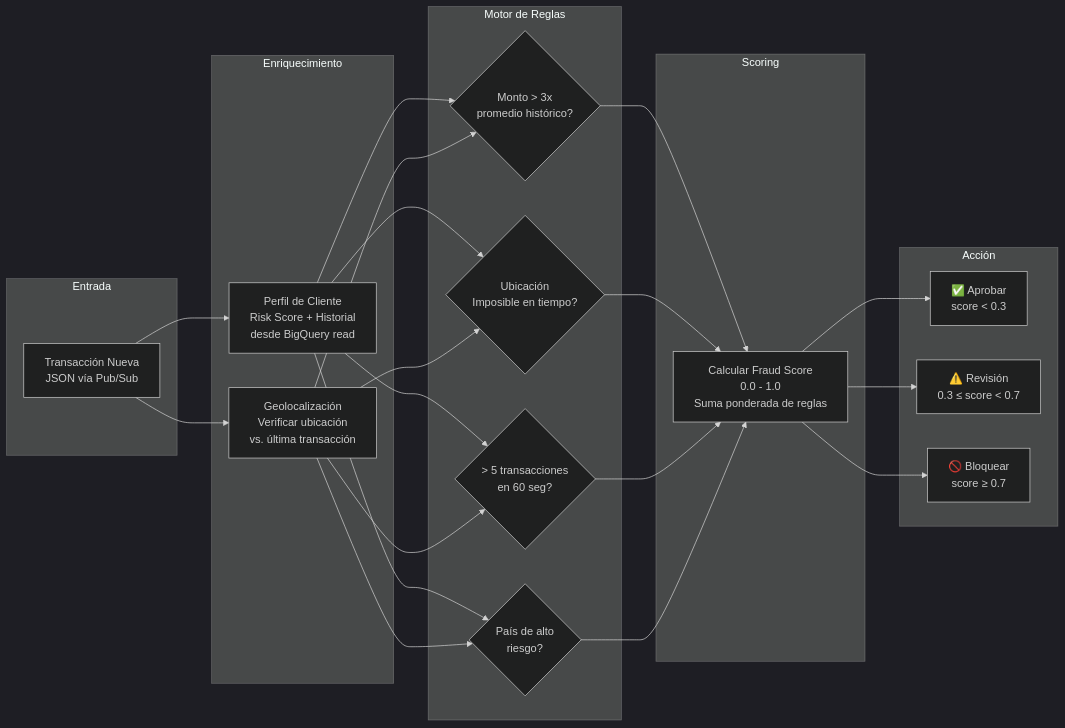
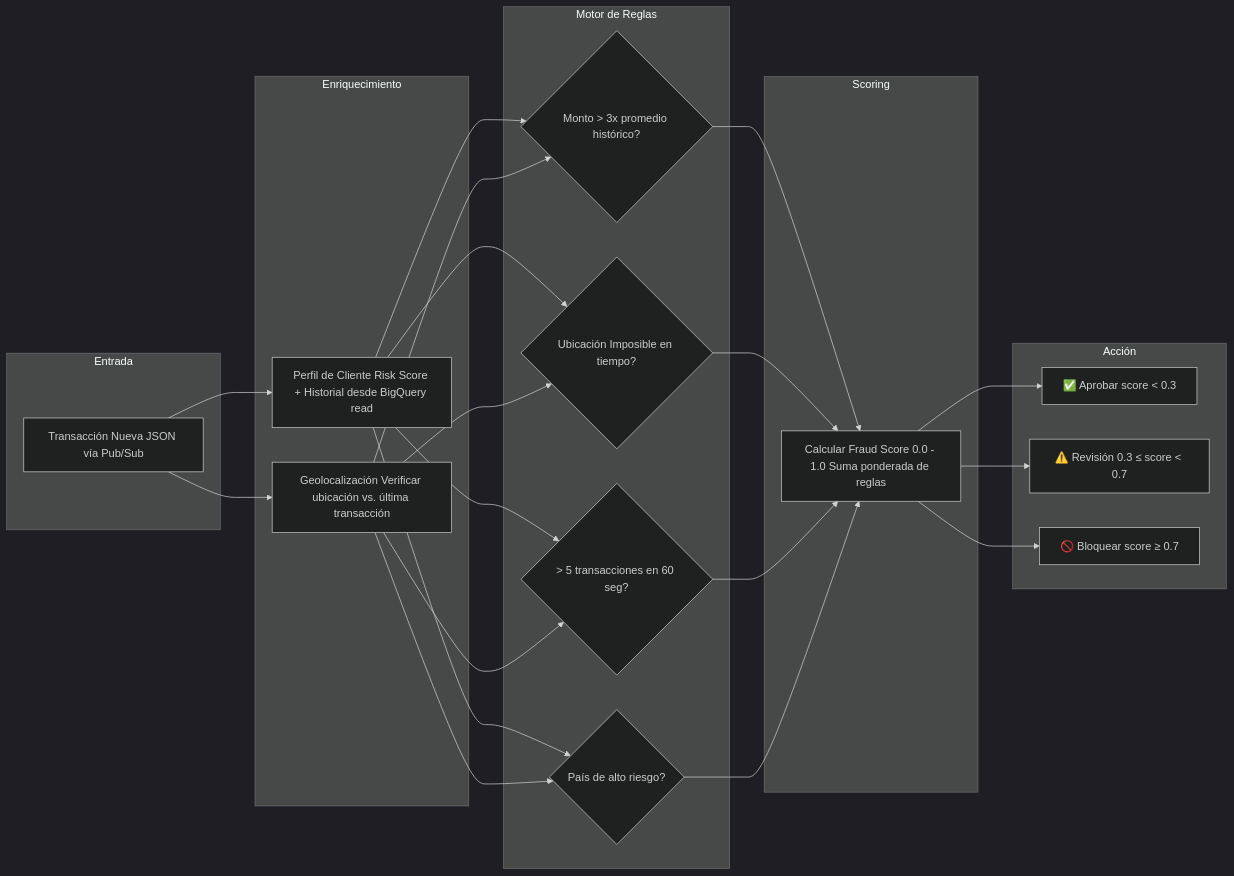
The sixth of 8 diagrams in 5_big_data/codigo/03_proyecto_financial_system_architecture/architecture.md (s110/Maestria), drawn with Mermaid (dark theme) before and after one commit. The commit also changed other lines of this file and 52 other files, not shown here.

````diff
--- a/5_big_data/codigo/03_proyecto_financial_system_architecture/architecture.md
+++ b/5_big_data/codigo/03_proyecto_financial_system_architecture/architecture.md
@@ -342,34 +342,34 @@
 ```mermaid
 flowchart LR
     subgraph INPUT["Entrada"]
-        TX[Transacción Nueva\nJSON vía Pub/Sub]
+        TX[Transacción Nueva JSON vía Pub/Sub]
     end
 
     subgraph ENRICH["Enriquecimiento"]
-        PROFILE[Perfil de Cliente\nRisk Score + Historial\ndesde BigQuery read]
-        GEO[Geolocalización\nVerificar ubicación\nvs. última transacción]
+        PROFILE[Perfil de Cliente Risk Score + Historial desde BigQuery read]
+        GEO[Geolocalización Verificar ubicación vs. última transacción]
     end
 
     subgraph RULES["Motor de Reglas"]
-        R1{Monto > 3x\npromedio histórico?}
-        R2{Ubicación\nImposible en tiempo?}
-        R3{> 5 transacciones\nen 60 seg?}
-        R4{País de alto\nriesgo?}
+        R1{Monto > 3x promedio histórico?}
+        R2{Ubicación Imposible en tiempo?}
+        R3{> 5 transacciones en 60 seg?}
+        R4{País de alto riesgo?}
     end
 
     subgraph SCORE["Scoring"]
-        FRAUD_SCORE[Calcular Fraud Score\n0.0 - 1.0\nSuma ponderada de reglas]
+        FRAUD_SCORE[Calcular Fraud Score 0.0 - 1.0 Suma ponderada de reglas]
     end
 
     subgraph ACTION["Acción"]
-        APPROVE[✅ Aprobar\nscore < 0.3]
-        REVIEW[⚠️ Revisión\n0.3 ≤ score < 0.7]
-        BLOCK[🚫 Bloquear\nscore ≥ 0.7]
+        APPROVE[✅ Aprobar score < 0.3]
+        REVIEW[⚠️ Revisión 0.3 ≤ score < 0.7]
+        BLOCK[🚫 Bloquear score ≥ 0.7]
     end
 
     TX --> PROFILE
     TX --> GEO
     PROFILE & GEO --> R1 & R2 & R3 & R4
     R1 & R2 & R3 & R4 --> FRAUD_SCORE
     FRAUD_SCORE --> APPROVE & REVIEW & BLOCK
 ```
````
